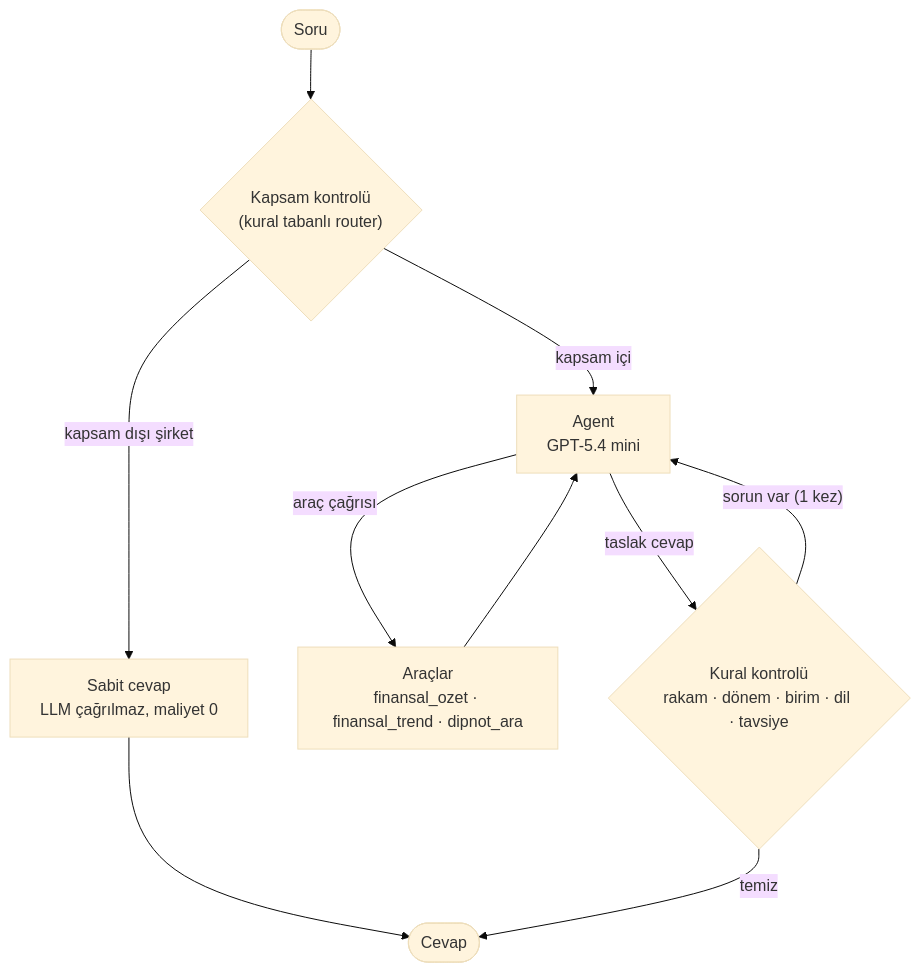
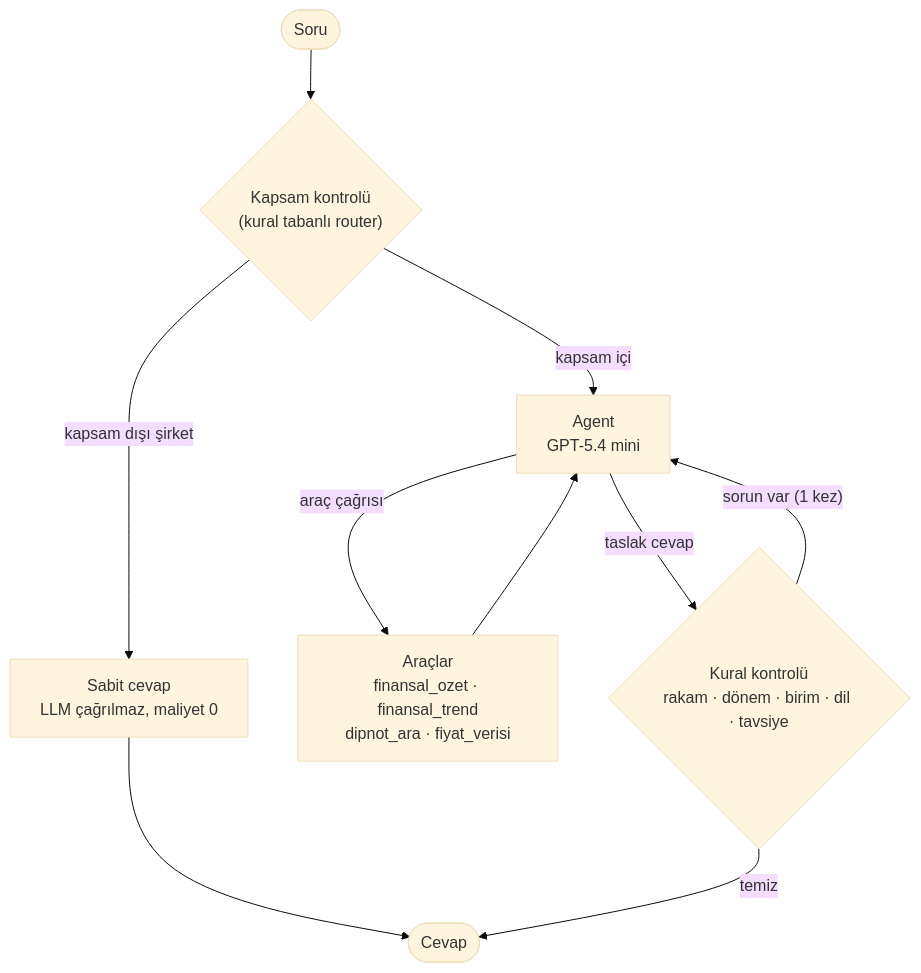
The second of 3 diagrams in README.md (tubakrc/mercek), drawn with Mermaid (base theme) before and after one commit. The commit also changed other lines of this file and 27 other files, not shown here.

````diff
--- a/README.md
+++ b/README.md
@@ -65,11 +70,11 @@
 ```mermaid
 flowchart TD
     S([Soru]) --> K{"Kapsam kontrolü<br/>(kural tabanlı router)"}
     K -- "kapsam dışı şirket" --> R1["Sabit cevap<br/>LLM çağrılmaz, maliyet 0"] --> E([Cevap])
     K -- "kapsam içi" --> A["Agent<br/>GPT-5.4 mini"]
-    A -- "araç çağrısı" --> T["Araçlar<br/>finansal_ozet · finansal_trend · dipnot_ara"]
+    A -- "araç çağrısı" --> T["Araçlar<br/>finansal_ozet · finansal_trend<br/>dipnot_ara · fiyat_verisi"]
     T --> A
     A -- "taslak cevap" --> C{"Kural kontrolü<br/>rakam · dönem · birim · dil · tavsiye"}
     C -- "sorun var (1 kez)" --> A
     C -- "temiz" --> E
 ```
````
